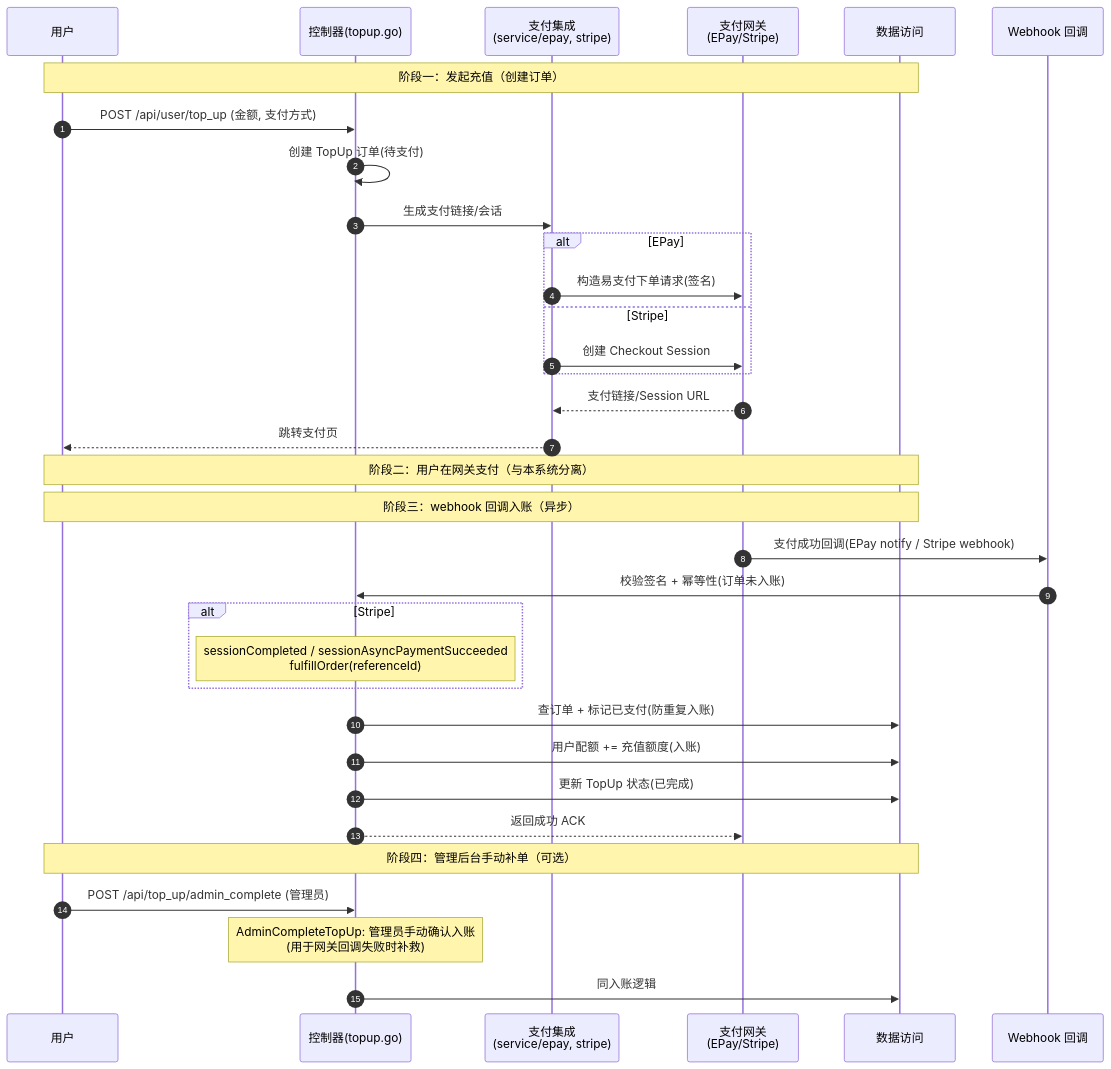
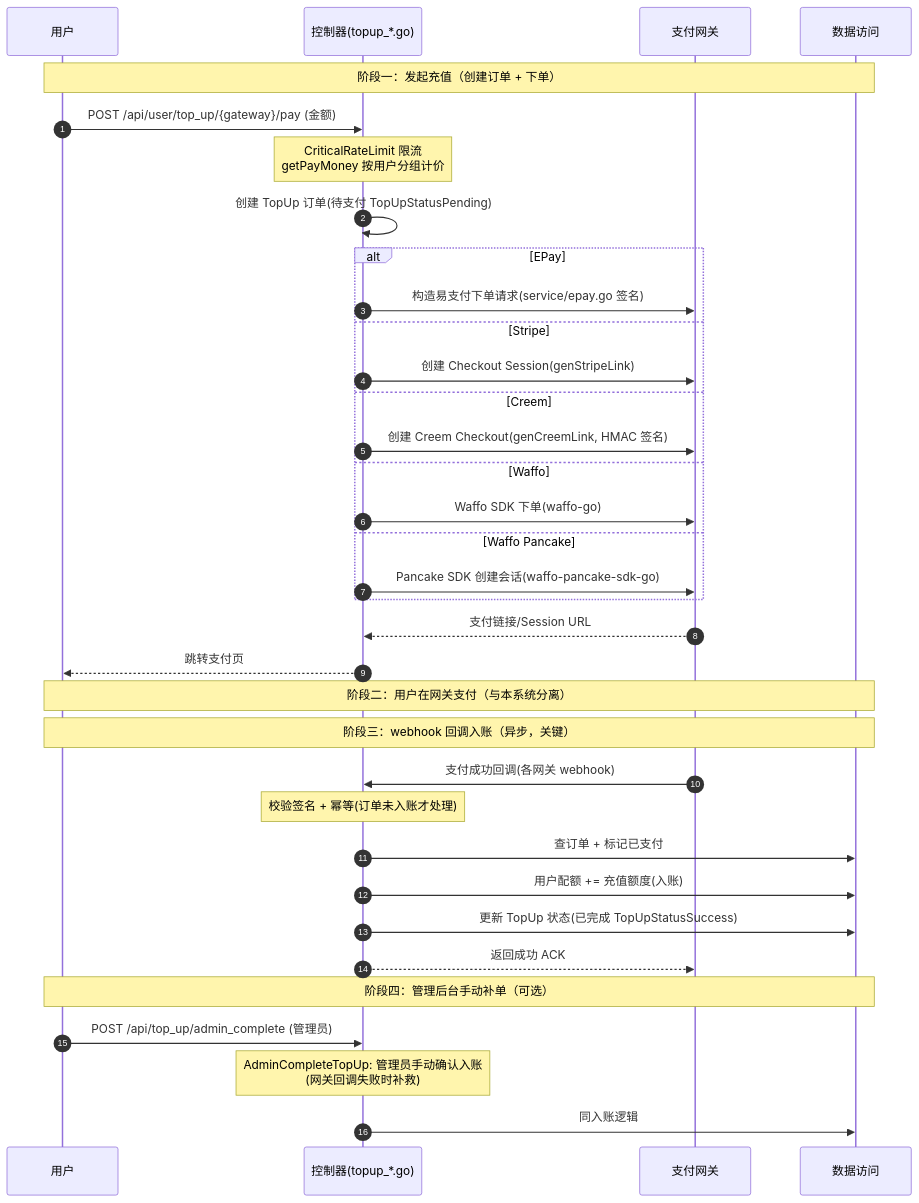
One commit to ChaosXu/new-api changed the diagram in specs/03-ARCH/L3/new-api/flows/topup-payment.md. Above: the diagram before and after it, drawn with Mermaid. The commit also changed other lines of this file and 111 other files, not shown here.

````diff
--- a/specs/03-ARCH/L3/new-api/flows/topup-payment.md
+++ b/specs/03-ARCH/L3/new-api/flows/topup-payment.md
@@ -7,40 +7,41 @@
 ```mermaid
 sequenceDiagram
     autonumber
     participant U as 用户
-    participant Ctrl as 控制器(topup.go)
-    participant Pay as 支付集成<br/>(service/epay, stripe)
-    participant GW as 支付网关<br/>(EPay/Stripe)
+    participant Ctrl as 控制器(topup_*.go)
+    participant GW as 支付网关
     participant Data as 数据访问
-    participant Webhook as Webhook 回调
 
-    Note over U,Data: 阶段一：发起充值（创建订单）
-    U->>Ctrl: POST /api/user/top_up (金额, 支付方式)
-    Ctrl->>Ctrl: 创建 TopUp 订单(待支付)
-    Ctrl->>Pay: 生成支付链接/会话
+    Note over U,Data: 阶段一：发起充值（创建订单 + 下单）
+    U->>Ctrl: POST /api/user/top_up/{gateway}/pay (金额)
+    Note over Ctrl: CriticalRateLimit 限流<br/>getPayMoney 按用户分组计价
+    Ctrl->>Ctrl: 创建 TopUp 订单(待支付 TopUpStatusPending)
     alt EPay
-        Pay->>GW: 构造易支付下单请求(签名)
+        Ctrl->>GW: 构造易支付下单请求(service/epay.go 签名)
     else Stripe
-        Pay->>GW: 创建 Checkout Session
+        Ctrl->>GW: 创建 Checkout Session(genStripeLink)
+    else Creem
+        Ctrl->>GW: 创建 Creem Checkout(genCreemLink, HMAC 签名)
+    else Waffo
+        Ctrl->>GW: Waffo SDK 下单(waffo-go)
+    else Waffo Pancake
+        Ctrl->>GW: Pancake SDK 创建会话(waffo-pancake-sdk-go)
     end
-    GW-->>Pay: 支付链接/Session URL
-    Pay-->>U: 跳转支付页
+    GW-->>Ctrl: 支付链接/Session URL
+    Ctrl-->>U: 跳转支付页
 
     Note over U,Data: 阶段二：用户在网关支付（与本系统分离）
 
-    Note over U,Data: 阶段三：webhook 回调入账（异步）
-    GW->>Webhook: 支付成功回调(EPay notify / Stripe webhook)
-    Webhook->>Ctrl: 校验签名 + 幂等性(订单未入账)
-    alt Stripe
-        Note over Ctrl: sessionCompleted / sessionAsyncPaymentSucceeded<br/>fulfillOrder(referenceId)
-    end
-    Ctrl->>Data: 查订单 + 标记已支付(防重复入账)
+    Note over U,Data: 阶段三：webhook 回调入账（异步，关键）
+    GW->>Ctrl: 支付成功回调(各网关 webhook)
+    Note over Ctrl: 校验签名 + 幂等(订单未入账才处理)
+    Ctrl->>Data: 查订单 + 标记已支付
     Ctrl->>Data: 用户配额 += 充值额度(入账)
-    Ctrl->>Data: 更新 TopUp 状态(已完成)
+    Ctrl->>Data: 更新 TopUp 状态(已完成 TopUpStatusSuccess)
     Ctrl-->>GW: 返回成功 ACK
 
     Note over U,Data: 阶段四：管理后台手动补单（可选）
     U->>Ctrl: POST /api/top_up/admin_complete (管理员)
-    Note over Ctrl: AdminCompleteTopUp: 管理员手动确认入账<br/>(用于网关回调失败时补救)
+    Note over Ctrl: AdminCompleteTopUp: 管理员手动确认入账<br/>(网关回调失败时补救)
     Ctrl->>Data: 同入账逻辑
 ```
````
